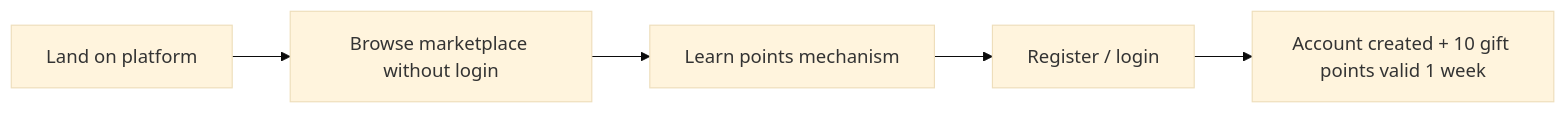
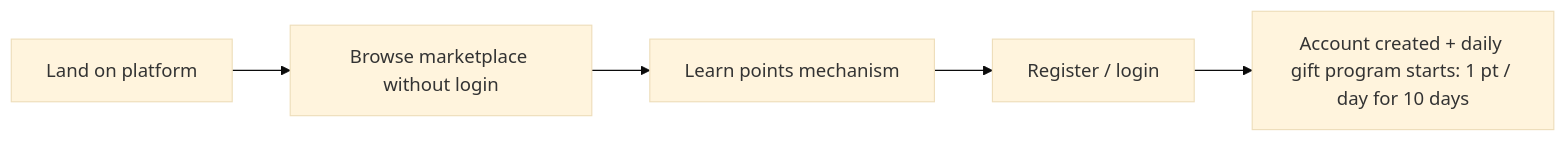
One commit to argszero/aitokenpool changed the first of 6 diagrams in docs/user-stories.md. Above: the diagram before and after it, drawn with Mermaid (base theme). The commit also changed other lines of this file, not shown here.

Commit message:
docs: revise newcomer gift to daily 1pt/1day for 10 days (v1.4) (#14)

````diff
--- a/docs/user-stories.md
+++ b/docs/user-stories.md
@@ -69,7 +70,7 @@
 ```mermaid
 flowchart LR
   A[Land on platform] --> B[Browse marketplace without login]
   B --> C[Learn points mechanism]
   C --> D[Register / login]
-  D --> E[Account created + 10 gift points valid 1 week]
+  D --> E[Account created + daily gift program starts: 1 pt / day for 10 days]
 ```
````
